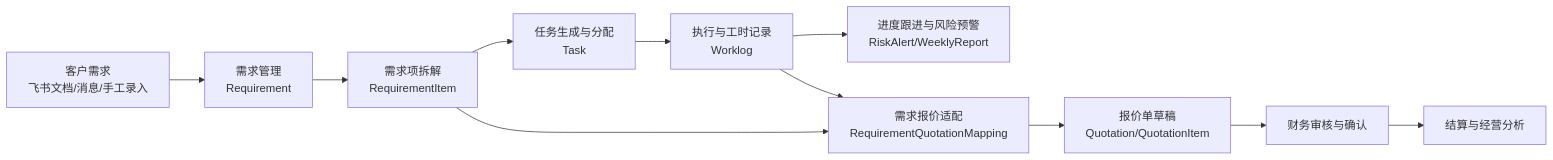
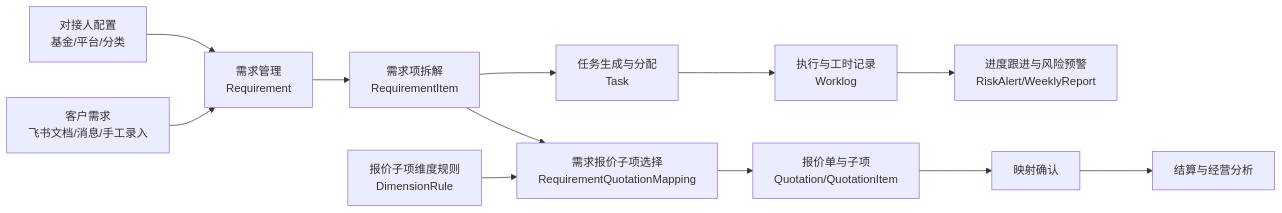
Before and after one commit to easyLong/xlyq-efficiency-engine: the second of 5 diagrams in DIAGRAMS.md, drawn with Mermaid. The commit also changed other lines of this file and 33 other files, not shown here.

````diff
--- a/DIAGRAMS.md
+++ b/DIAGRAMS.md
@@ -51,24 +53,27 @@
 ```mermaid
 flowchart LR
+    A0[对接人配置<br/>基金/平台/分类]
     A[客户需求<br/>飞书文档/消息/手工录入]
     B[需求管理<br/>Requirement]
     C[需求项拆解<br/>RequirementItem]
     D[任务生成与分配<br/>Task]
     E[执行与工时记录<br/>Worklog]
     F[进度跟进与风险预警<br/>RiskAlert/WeeklyReport]
-    G[需求报价适配<br/>RequirementQuotationMapping]
-    H[报价单草稿<br/>Quotation/QuotationItem]
-    I[财务审核与确认]
+    G[需求报价子项选择<br/>RequirementQuotationMapping]
+    H[报价单与子项<br/>Quotation/QuotationItem]
+    H0[报价子项维度规则<br/>DimensionRule]
+    I[映射确认]
     J[结算与经营分析]
 
+    A0 --> B
     A --> B
     B --> C
     C --> D
     D --> E
     E --> F
     C --> G
-    E --> G
+    H0 --> G
     G --> H
     H --> I
     I --> J
 ```
````
